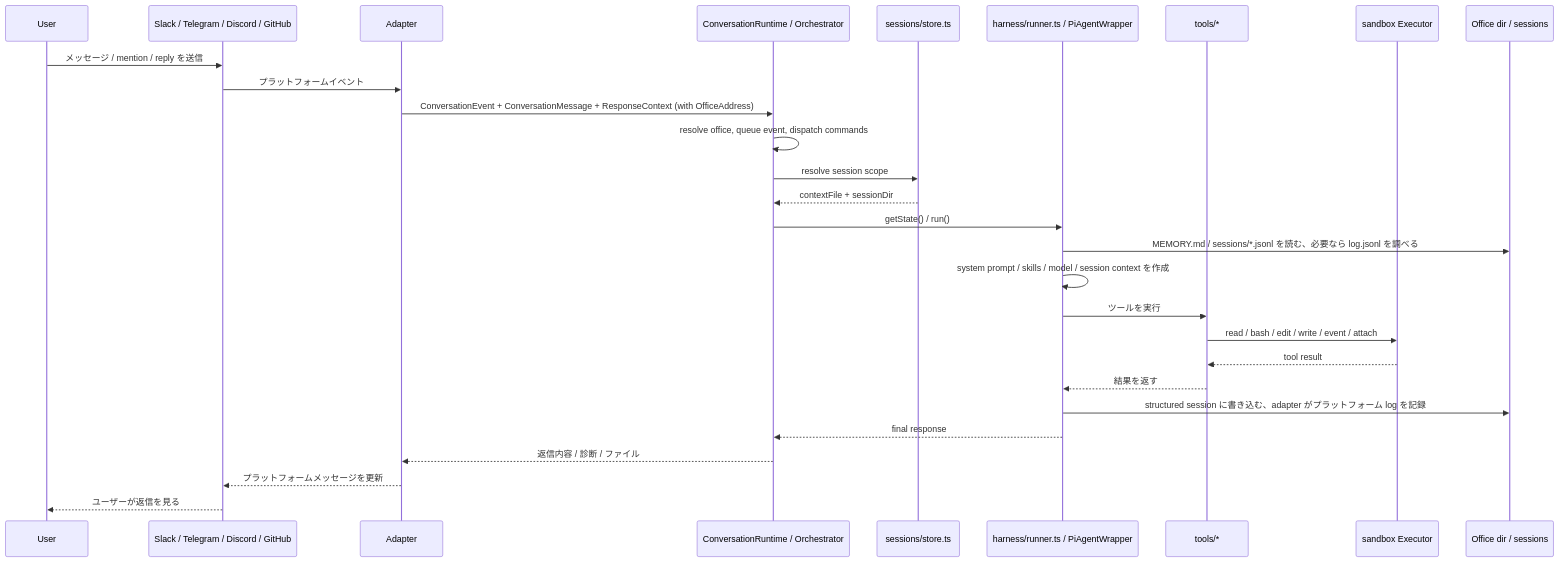
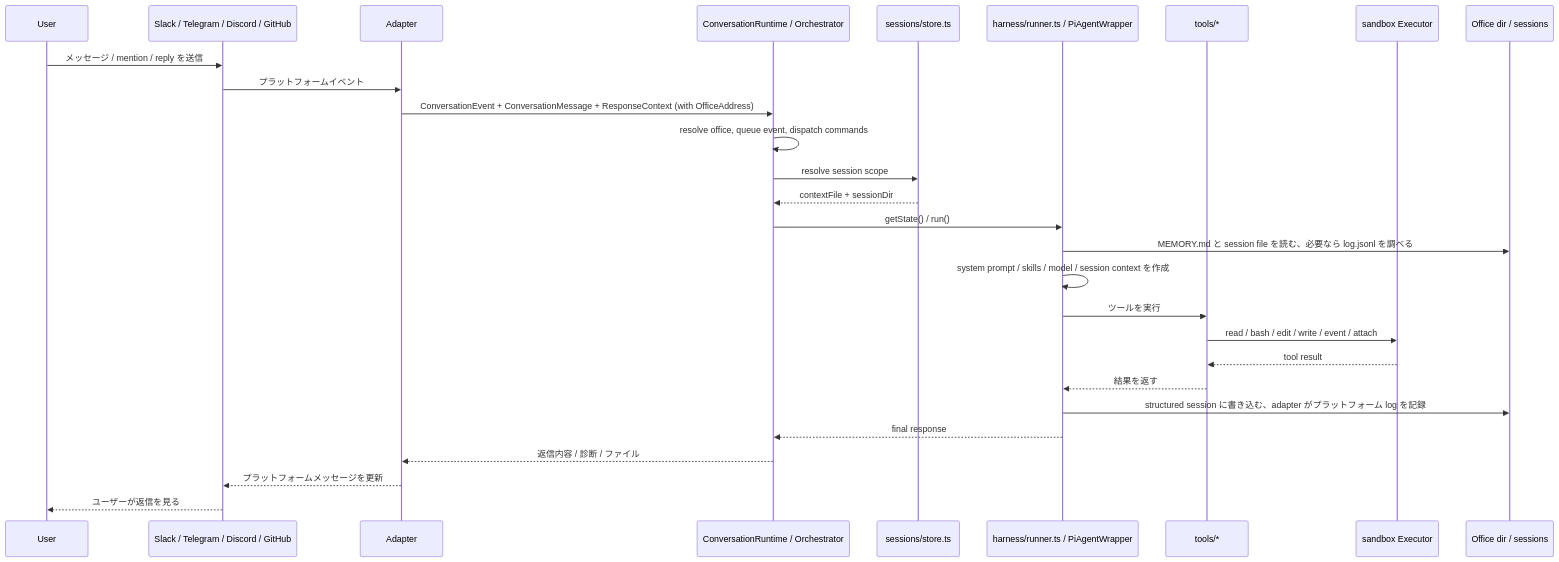
Before and after one commit to geminixiang/mikan: the first of 2 diagrams in src/content/docs/ja/architecture.md, drawn with Mermaid. The commit also changed other lines of this file and 51 other files, not shown here.

Commit message:
feat(sessions)!: keep session files in the state dir

````diff
--- a/src/content/docs/ja/architecture.md
+++ b/src/content/docs/ja/architecture.md
@@ -124,31 +124,31 @@
 ```mermaid
 sequenceDiagram
   participant U as User
   participant P as Slack / Telegram / Discord / GitHub
   participant A as Adapter
   participant M as ConversationRuntime / Orchestrator
   participant S as sessions/store.ts
   participant R as harness/runner.ts / PiAgentWrapper
   participant T as tools/*
   participant X as sandbox Executor
   participant W as Office dir / sessions
 
   U->>P: メッセージ / mention / reply を送信
   P->>A: プラットフォームイベント
   A->>M: ConversationEvent + ConversationMessage + ResponseContext (with OfficeAddress)
   M->>M: resolve office, queue event, dispatch commands
   M->>S: resolve session scope
   S-->>M: contextFile + sessionDir
   M->>R: getState() / run()
-  R->>W: MEMORY.md / sessions/*.jsonl を読む、必要なら log.jsonl を調べる
+  R->>W: MEMORY.md と session file を読む、必要なら log.jsonl を調べる
   R->>R: system prompt / skills / model / session context を作成
   R->>T: ツールを実行
   T->>X: read / bash / edit / write / event / attach
   X-->>T: tool result
   T-->>R: 結果を返す
   R->>W: structured session に書き込む、adapter がプラットフォーム log を記録
   R-->>M: final response
   M-->>A: 返信内容 / 診断 / ファイル
   A-->>P: プラットフォームメッセージを更新
   P-->>U: ユーザーが返信を見る
 ```
````
